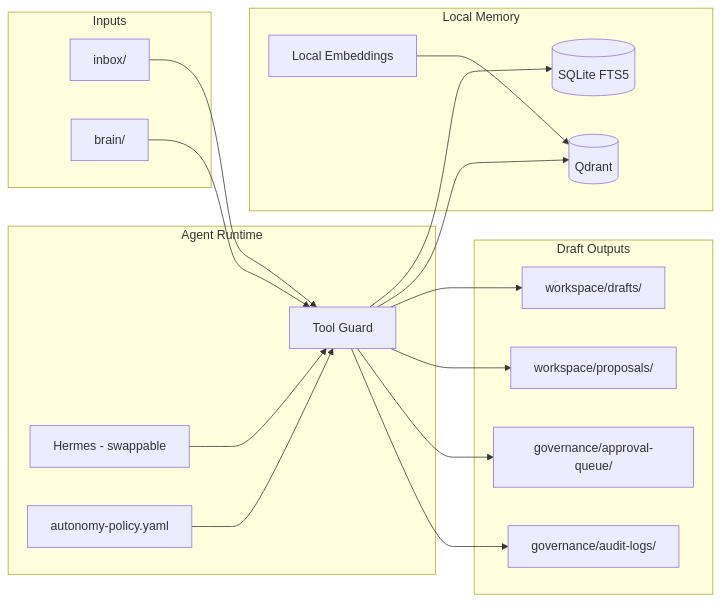
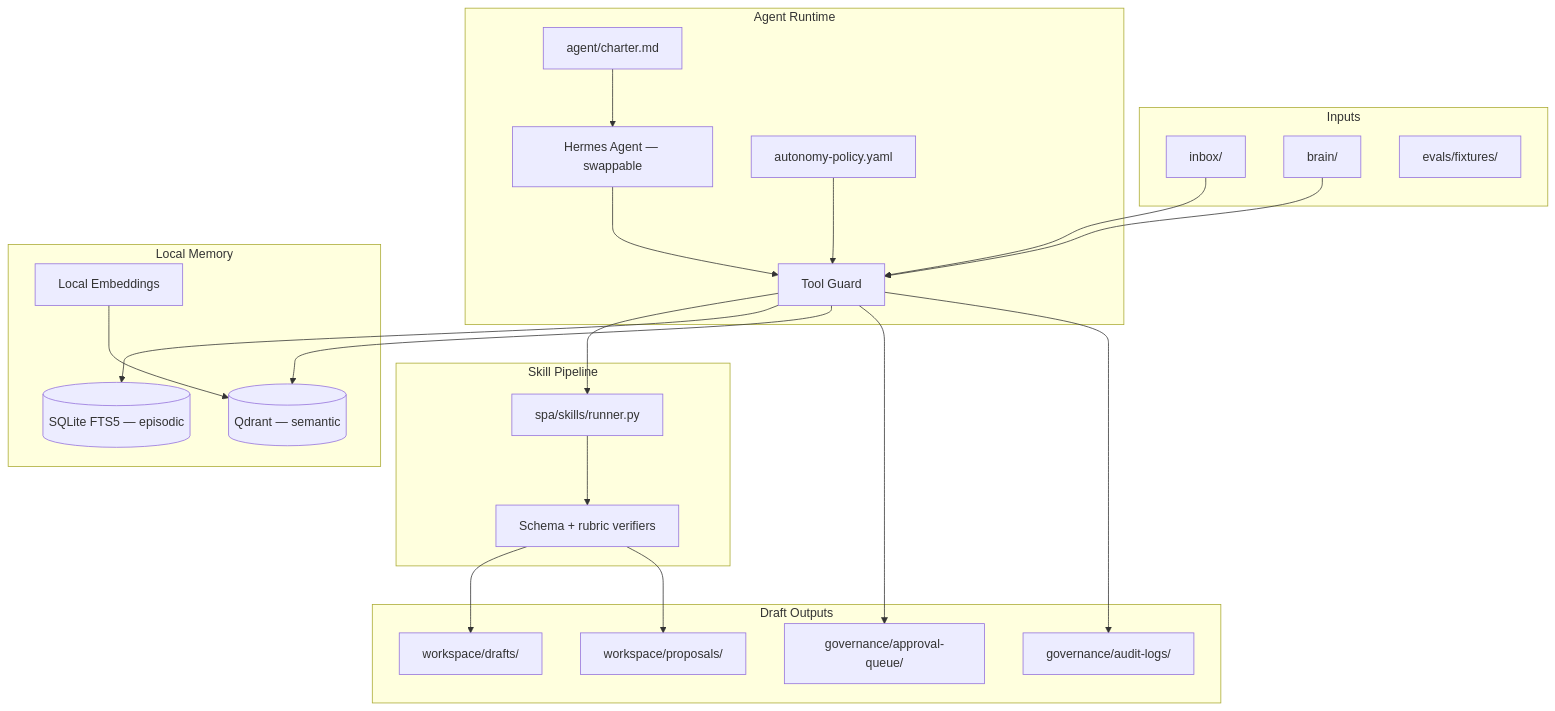
Before and after one commit to wcbot0/Personal-GRC-Agent: the diagram in README.md, drawn with Mermaid. The commit also changed other lines of this file, not shown here.

````diff
--- a/README.md
+++ b/README.md
@@ -62,34 +72,48 @@
 ```mermaid
-flowchart LR
+flowchart TB
   subgraph inputs [Inputs]
     inbox[inbox/]
     brain[brain/]
+    fixtures[evals/fixtures/]
   end
-  subgraph agent [Agent Runtime]
-    hermes[Hermes - swappable]
+
+  subgraph runtime [Agent Runtime]
+    hermes[Hermes Agent — swappable]
+    charter[agent/charter.md]
     policy[autonomy-policy.yaml]
     guard[Tool Guard]
   end
+
   subgraph memory [Local Memory]
-    sqlite[(SQLite FTS5)]
-    qdrant[(Qdrant)]
+    sqlite[(SQLite FTS5 — episodic)]
+    qdrant[(Qdrant — semantic)]
     embed[Local Embeddings]
   end
+
+  subgraph skills [Skill Pipeline]
+    runner[spa/skills/runner.py]
+    verifiers[Schema + rubric verifiers]
+  end
+
   subgraph outputs [Draft Outputs]
     drafts[workspace/drafts/]
     proposals[workspace/proposals/]
     cpo[governance/approval-queue/]
     audit[governance/audit-logs/]
   end
+
   inbox --> guard
   brain --> guard
   hermes --> guard
+  charter --> hermes
   policy --> guard
+  guard --> runner
+  runner --> verifiers
   guard --> sqlite
   guard --> qdrant
   embed --> qdrant
-  guard --> drafts
-  guard --> proposals
+  verifiers --> drafts
+  verifiers --> proposals
   guard --> cpo
   guard --> audit
 ```
````
